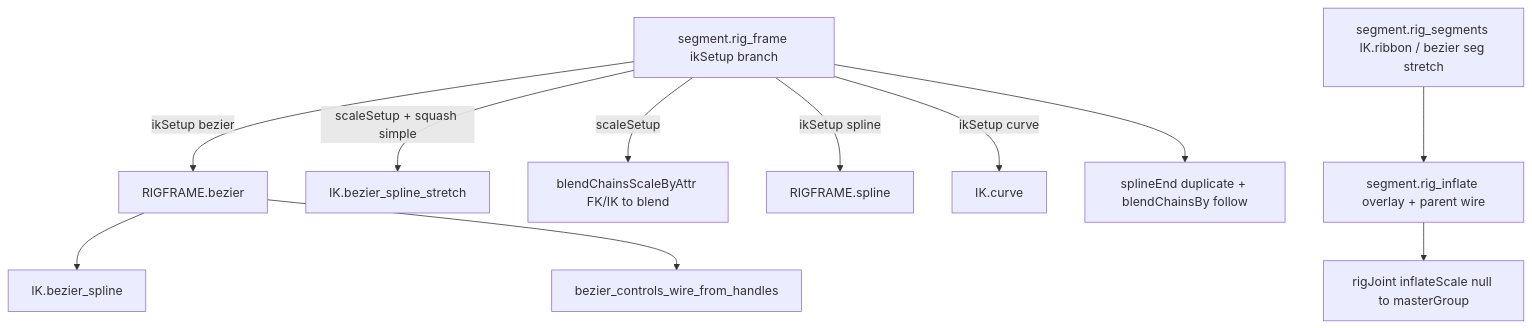
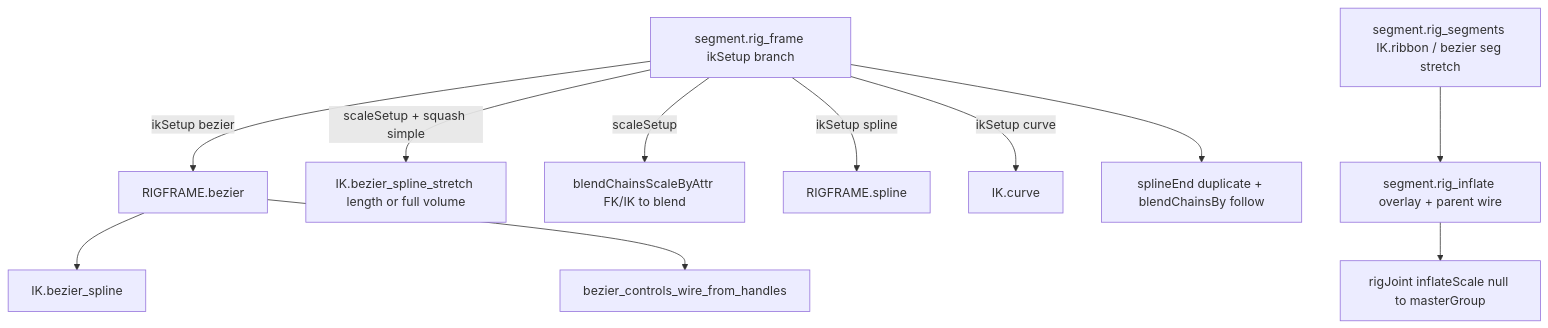
Before and after one commit to jjburton/cgmToolsDev: the diagram in Branches/Branch_BezierIK.md, drawn with Mermaid. The commit also changed other lines of this file, not shown here.

First line of the commit message:
Document Bezier IK squash ownership

````diff
--- a/Branches/Branch_BezierIK.md
+++ b/Branches/Branch_BezierIK.md
@@ -76,16 +77,16 @@
 ```mermaid
 flowchart TD
   segmentRig[segment.rig_frame ikSetup branch]
   segmentRig -->|ikSetup bezier| rigFrameBezier[RIGFRAME.bezier]
   rigFrameBezier --> bezierSpline[IK.bezier_spline]
   rigFrameBezier --> wireCV[bezier_controls_wire_from_handles]
-  segmentRig -->|scaleSetup + squash simple| stretch[IK.bezier_spline_stretch]
+  segmentRig -->|scaleSetup + squash simple| stretch[IK.bezier_spline_stretch length or full volume]
   segmentRig -->|scaleSetup| scaleBlend[blendChainsScaleByAttr FK/IK to blend]
   rigSegments[segment.rig_segments IK.ribbon / bezier seg stretch]
   rigInflate[segment.rig_inflate overlay + parent wire]
   rigSegments --> rigInflate
   rigInflate --> rigDirect[rigJoint inflateScale null to masterGroup]
   segmentRig -->|ikSetup spline| rigFrameSpline[RIGFRAME.spline]
   segmentRig -->|ikSetup curve| ikCurve[IK.curve]
   segmentRig --> endDup[splineEnd duplicate + blendChainsBy follow]
 ```
````
